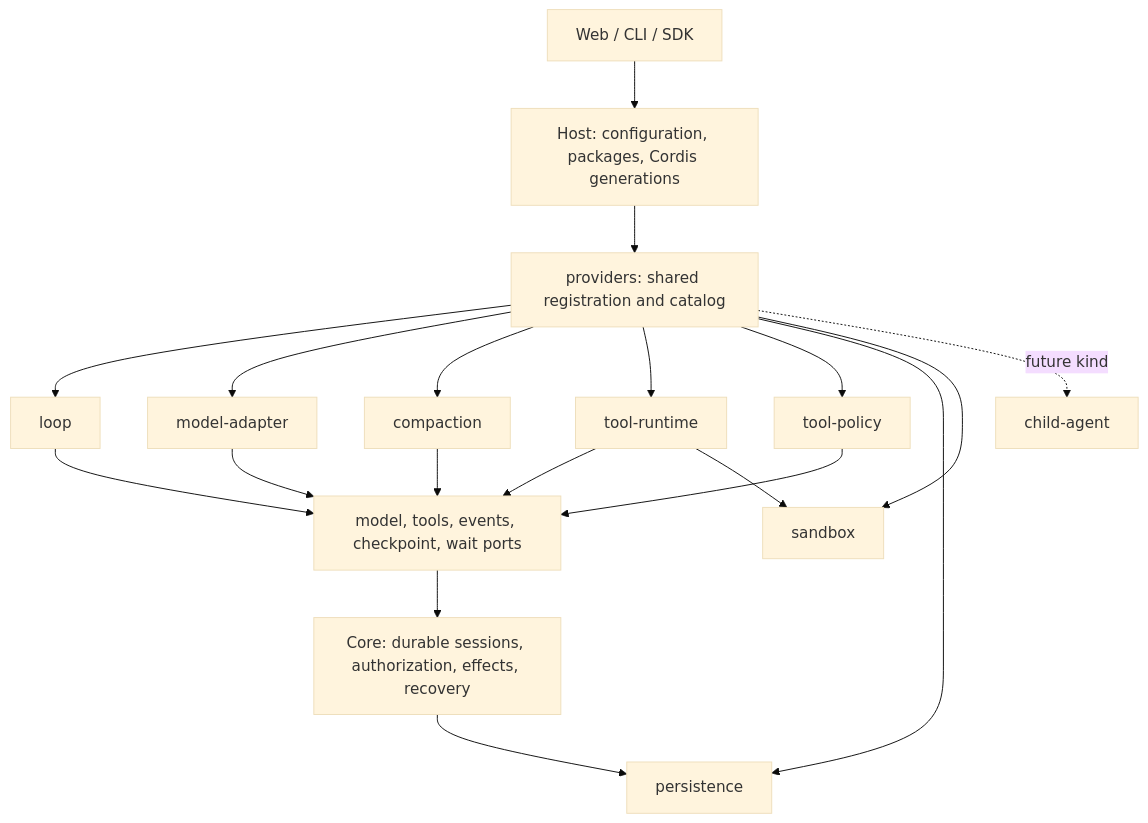
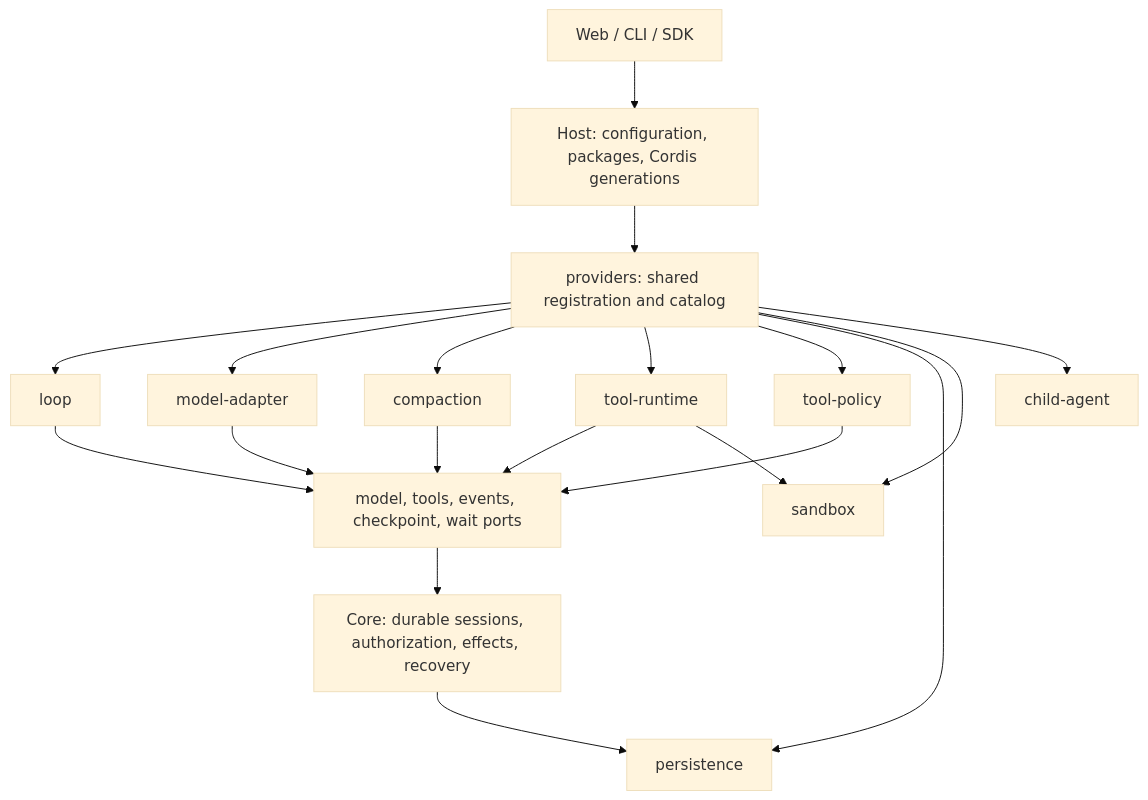
Before and after one commit to AgnesAI-Labs/agnes-harness: the diagram in docs/develop/architecture-plugins.md, drawn with Mermaid (base theme). The commit also changed other lines of this file and 5 other files, not shown here.

First line of the commit message:
docs: describe the child-agent provider kind

````diff
--- a/docs/develop/architecture-plugins.md
+++ b/docs/develop/architecture-plugins.md
@@ -9,21 +9,21 @@
 ```mermaid
 flowchart TD
   Clients[Web / CLI / SDK] --> Host[Host: configuration, packages, Cordis generations]
   Host --> Registry[providers: shared registration and catalog]
   Registry --> Loop[loop]
   Registry --> Model[model-adapter]
   Registry --> Compact[compaction]
   Registry --> Runtime[tool-runtime]
   Registry --> Policy[tool-policy]
   Registry --> Store[persistence]
   Registry --> Sandbox[sandbox]
-  Registry -. future kind .-> Children[child-agent]
+  Registry --> Children[child-agent]
   Loop --> Ports[model, tools, events, checkpoint, wait ports]
   Model --> Ports
   Compact --> Ports
   Runtime --> Ports
   Policy --> Ports
   Ports --> Core[Core: durable sessions, authorization, effects, recovery]
   Core --> Store
   Runtime --> Sandbox
 ```
````
